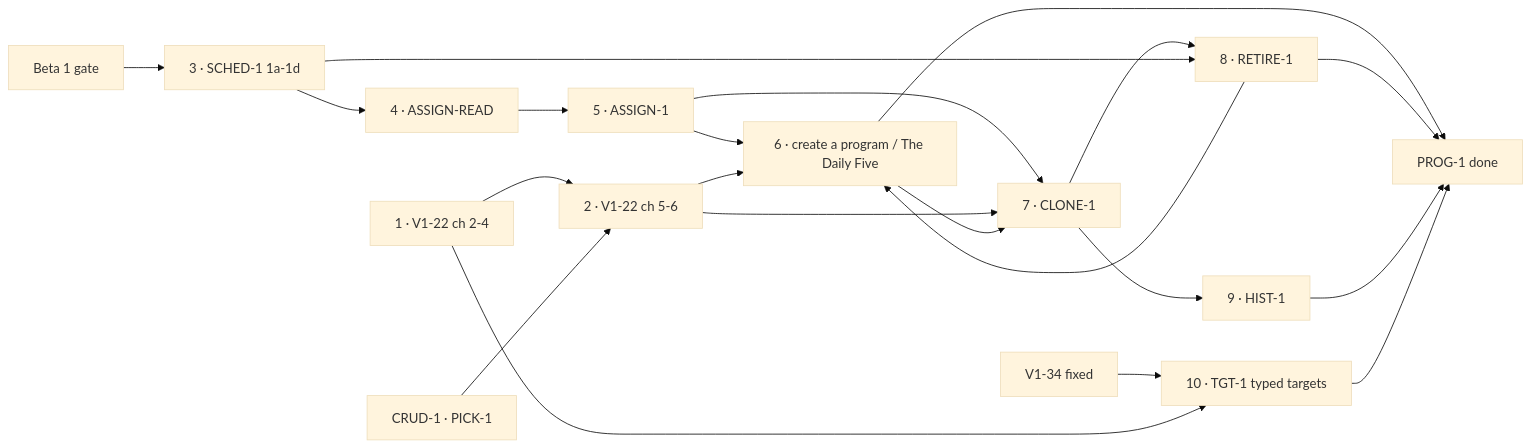
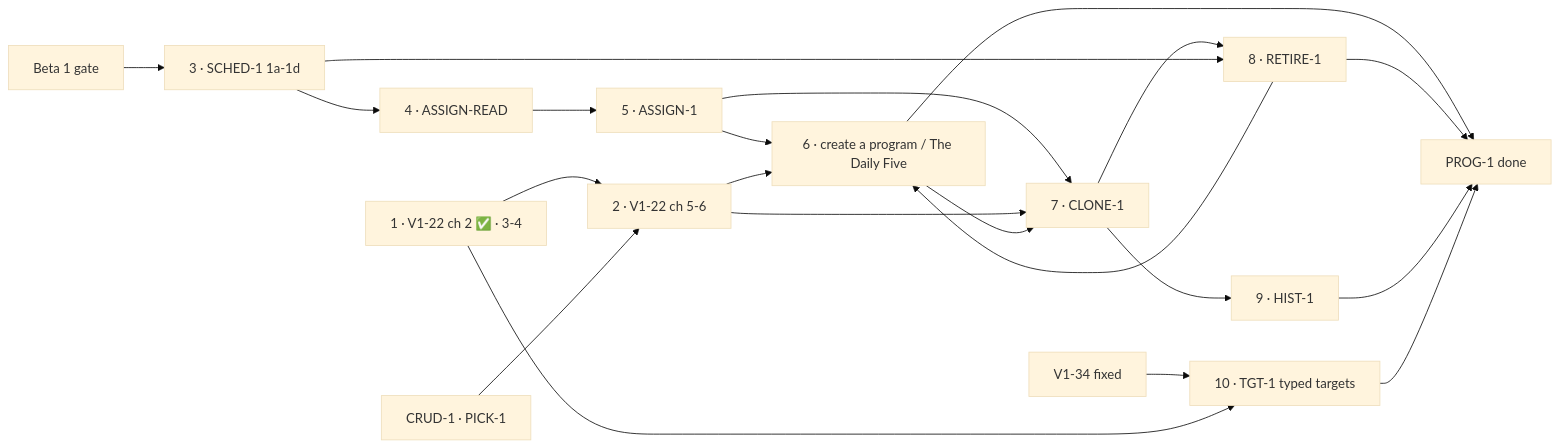
Before and after one commit to ralamode/mat-plan: the diagram in docs/milestones/prog-1-programs-and-scheduling.md, drawn with Mermaid (base theme). The commit also changed other lines of this file and 13 other files, not shown here.

````diff
--- a/docs/milestones/prog-1-programs-and-scheduling.md
+++ b/docs/milestones/prog-1-programs-and-scheduling.md
@@ -51,23 +51,23 @@
 ```mermaid
 flowchart LR
-  V2[1 · V1-22 ch 2-4] --> V6[2 · V1-22 ch 5-6]
+  V2[1 · V1-22 ch 2 ✅ · 3-4] --> V6[2 · V1-22 ch 5-6]
   K1[CRUD-1 · PICK-1] --> V6
   G[Beta 1 gate] --> S
   S[3 · SCHED-1 1a-1d] --> AR[4 · ASSIGN-READ]
   AR --> AS[5 · ASSIGN-1]
   AS --> NP[6 · create a program / The Daily Five]
   V6 --> NP
   AS --> CL[7 · CLONE-1]
   V6 --> CL
   NP --> CL
   CL --> RT[8 · RETIRE-1]
   RT --> NP
   S --> RT
   CL --> HI[9 · HIST-1]
   V34[V1-34 fixed] --> TG
   V2 --> TG[10 · TGT-1 typed targets]
   NP --> X[PROG-1 done]
   RT --> X
   HI --> X
   TG --> X
 ```
````
